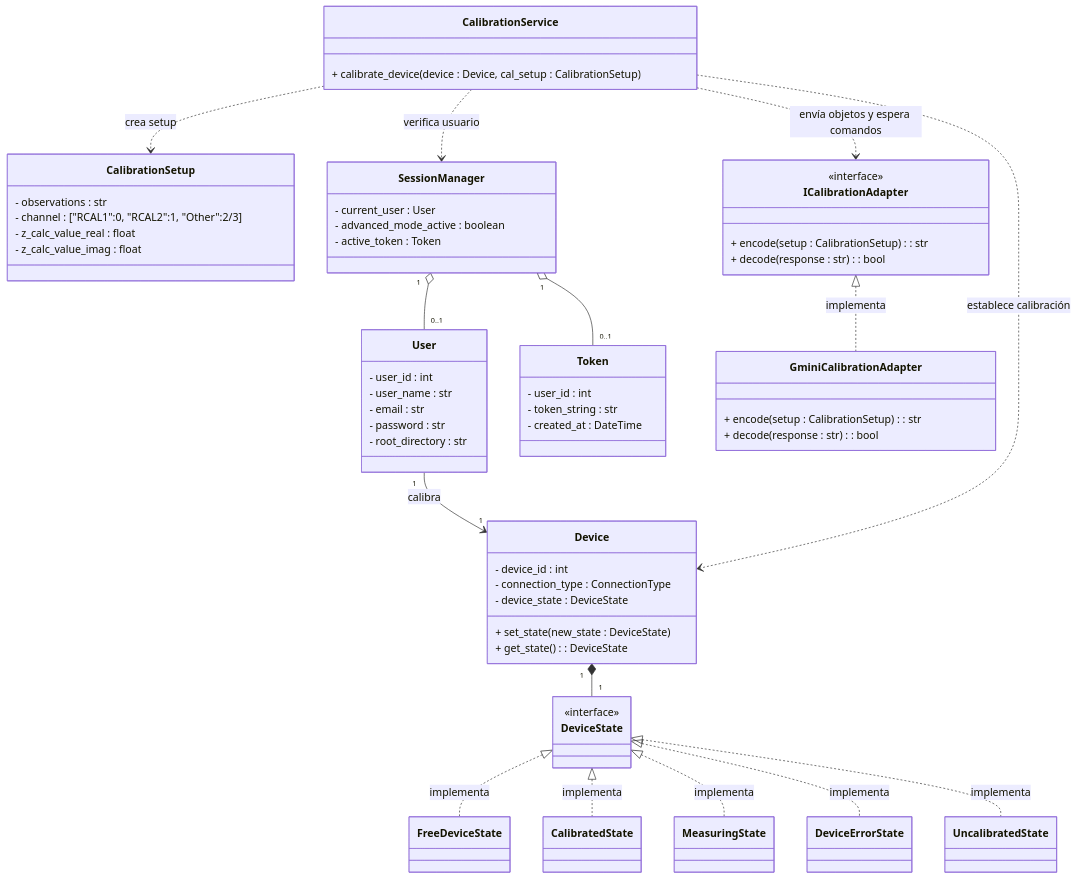
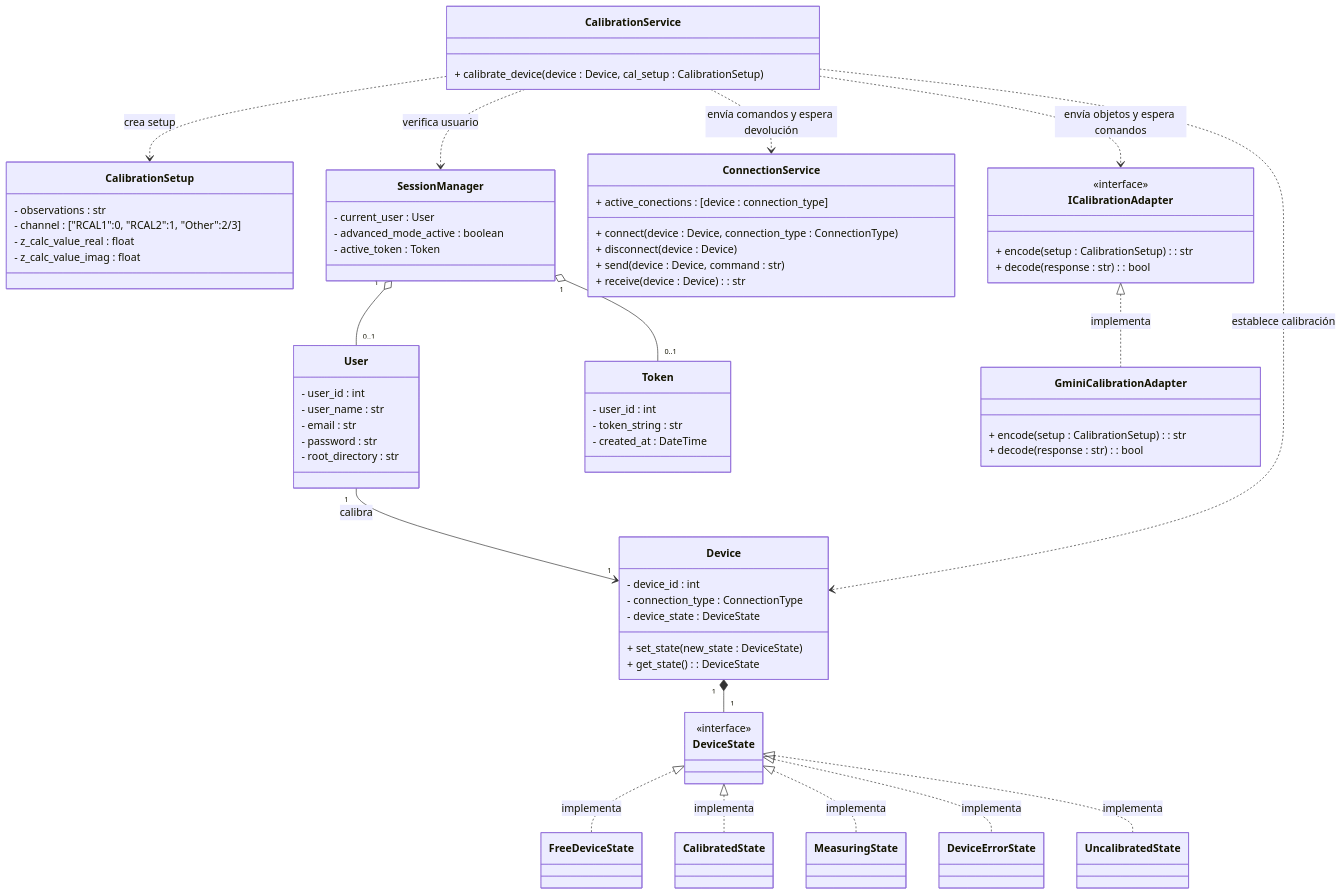
Before and after one commit to alegrelias/Repo-GMini: the third of 6 diagrams in Gmini-MarkDown/Diagramas/Clases Conceptuales.md, drawn with Mermaid. The commit also changed other lines of this file, not shown here.

Commit message:
Se modifica diagrama de clases

```diff
--- a/Gmini-MarkDown/Diagramas/Clases Conceptuales.md
+++ b/Gmini-MarkDown/Diagramas/Clases Conceptuales.md
@@ -496,6 +475,14 @@
 	- active_token : Token
 }
 
+class ConnectionService{
+	+ active_conections : [device : connection_type]
+	+ connect(device : Device, connection_type : ConnectionType)
+	+ disconnect(device : Device)
+	+ send(device : Device, command : str)
+	+ receive(device : Device) : str
+}
+
 class Token {
 	- user_id : int
 	- token_string : str
@@ -524,8 +511,7 @@
 
 ICalibrationAdapter <|.. GminiCalibrationAdapter : implementa
 
-
-
+CalibrationService ..> ConnectionService : envía comandos y espera devolución
 CalibrationService ..> Device : establece calibración
 CalibrationService ..> CalibrationSetup : crea setup
 CalibrationService ..> SessionManager : verifica usuario
```
